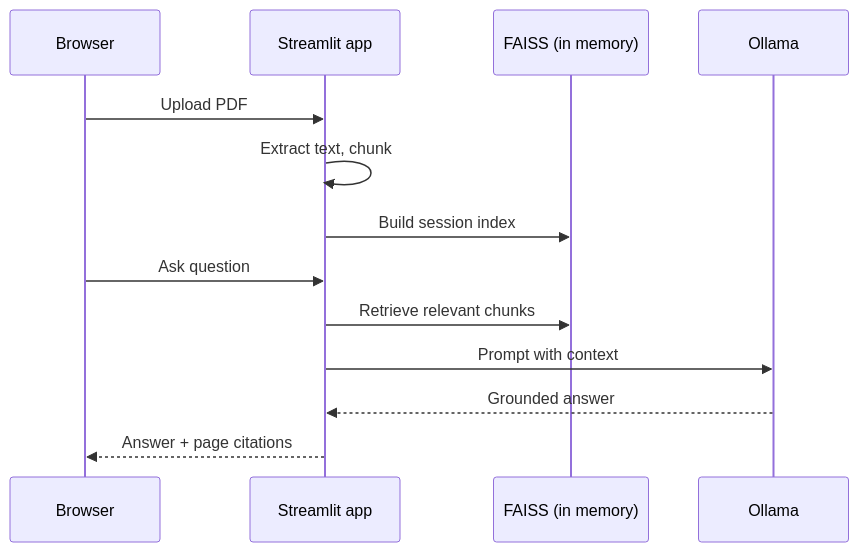
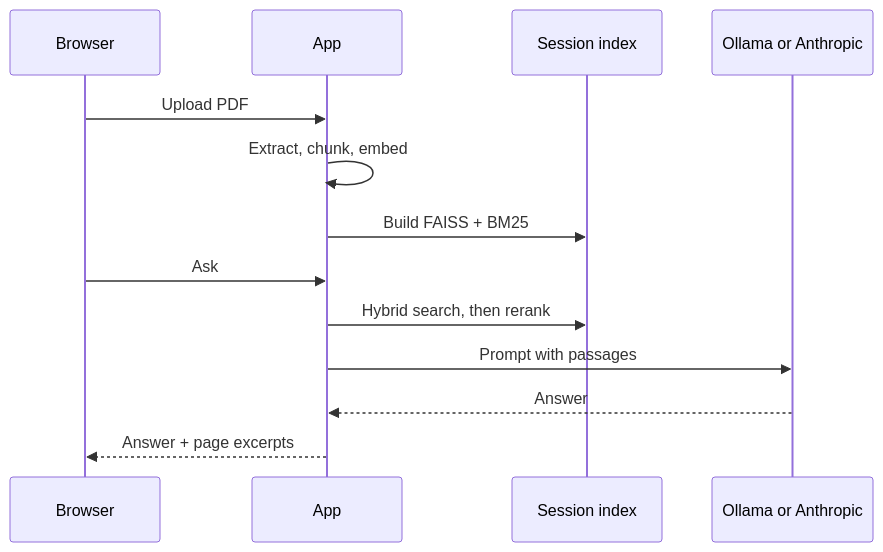
Before and after one commit to RoxanaTapia/ai-doc-to-chat-pipeline: the second of 2 diagrams in docs/product/architecture.md, drawn with Mermaid. The commit also changed other lines of this file and 11 other files, not shown here.

````diff
--- a/docs/product/architecture.md
+++ b/docs/product/architecture.md
@@ -62,16 +34,16 @@
 ```mermaid
 sequenceDiagram
   participant U as Browser
-  participant A as Streamlit app
-  participant F as FAISS (in memory)
-  participant O as Ollama
+  participant A as App
+  participant I as Session index
+  participant M as Ollama or Anthropic
 
   U->>A: Upload PDF
-  A->>A: Extract text, chunk
-  A->>F: Build session index
-  U->>A: Ask question
-  A->>F: Retrieve relevant chunks
-  A->>O: Prompt with context
-  O-->>A: Grounded answer
-  A-->>U: Answer + page citations
+  A->>A: Extract, chunk, embed
+  A->>I: Build FAISS + BM25
+  U->>A: Ask
+  A->>I: Hybrid search, then rerank
+  A->>M: Prompt with passages
+  M-->>A: Answer
+  A-->>U: Answer + page excerpts
 ```
````
